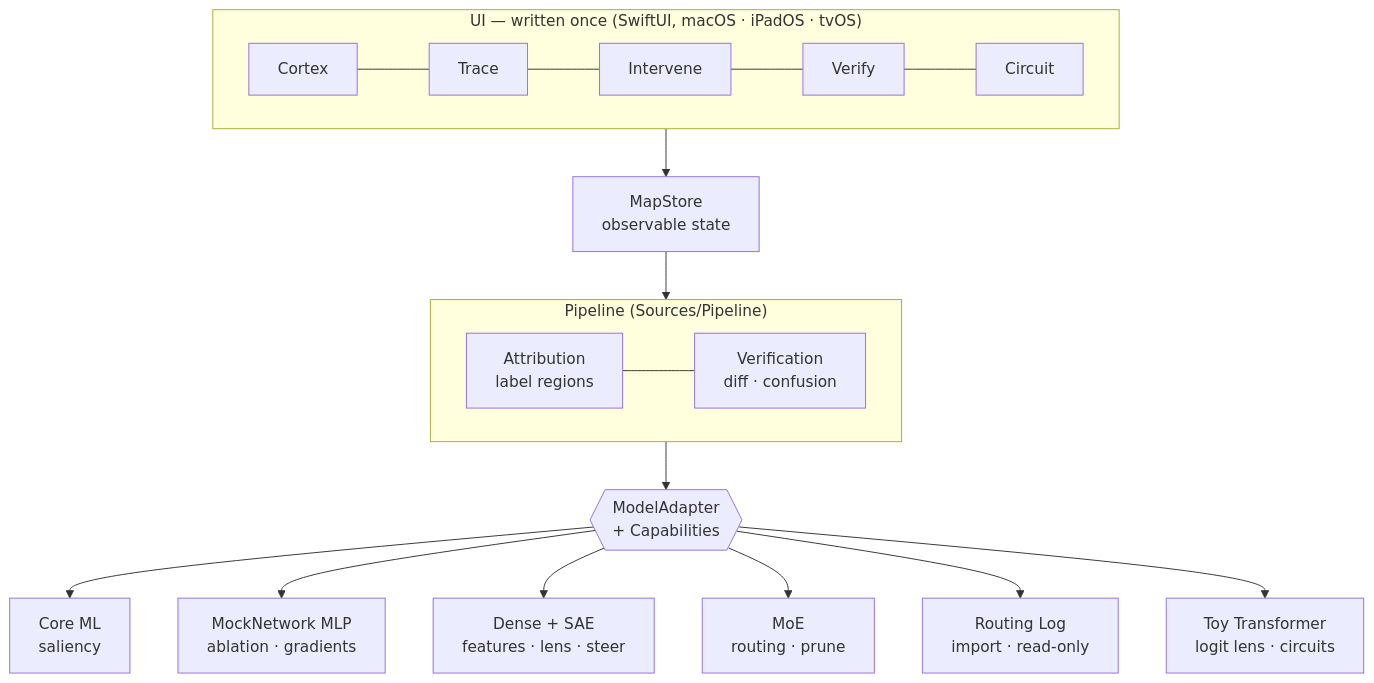
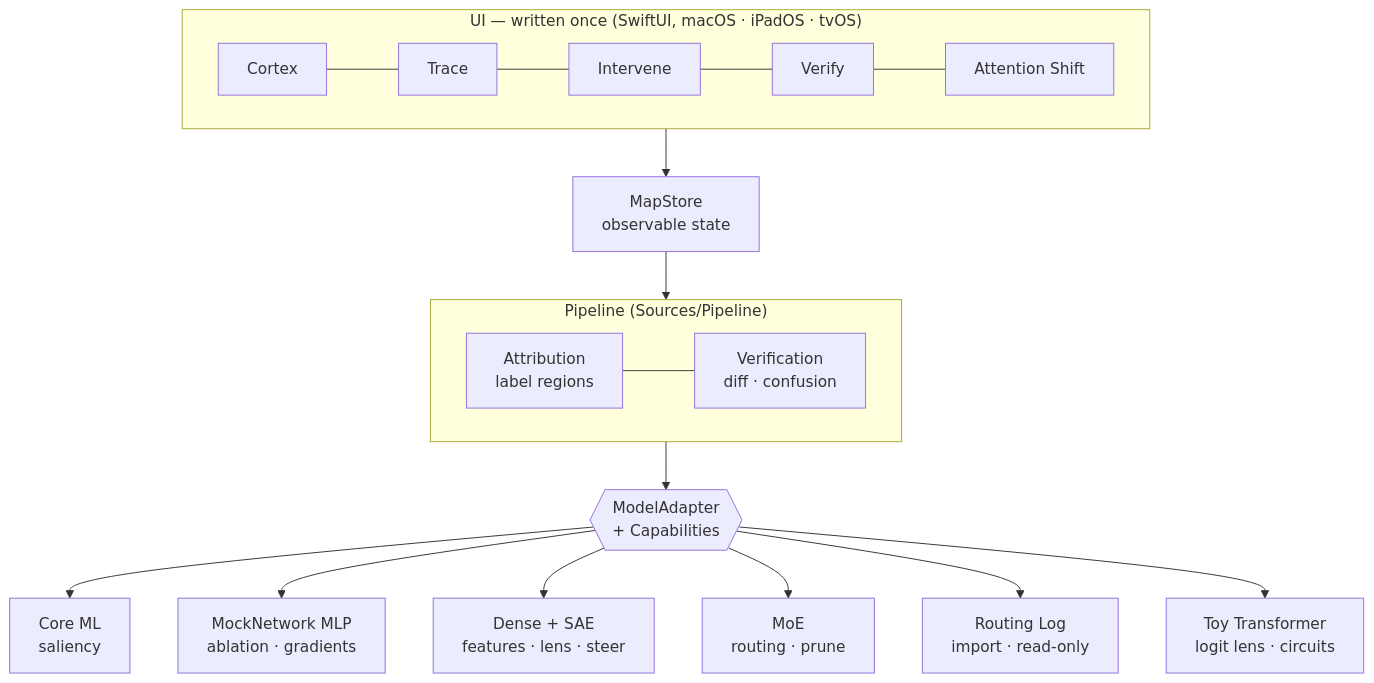
One commit to american-code/ModelCartography changed the diagram in README.md. Above: the diagram before and after it, drawn with Mermaid. The commit also changed other lines of this file and 5 other files, not shown here.

First line of the commit message:
feat: tvOS card cells, retitle Circuit→Attention Shift (TVD), real ActivationPatching

````diff
--- a/README.md
+++ b/README.md
@@ -26,23 +26,23 @@
 ```mermaid
 flowchart TB
     subgraph UI["UI — written once (SwiftUI, macOS · iPadOS · tvOS)"]
         direction LR
-        C[Cortex] --- T[Trace] --- I[Intervene] --- V[Verify] --- CI[Circuit]
+        C[Cortex] --- T[Trace] --- I[Intervene] --- V[Verify] --- CI[Attention Shift]
     end
     UI --> STORE["MapStore<br/>observable state"]
     STORE --> PIPE
 
     subgraph PIPE["Pipeline (Sources/Pipeline)"]
         direction LR
         AT["Attribution<br/>label regions"] --- VE["Verification<br/>diff · confusion"]
     end
 
     PIPE --> IFACE{{"ModelAdapter<br/>+ Capabilities"}}
 
     IFACE --> A1["Core ML<br/>saliency"]
     IFACE --> A2["MockNetwork MLP<br/>ablation · gradients"]
     IFACE --> A3["Dense + SAE<br/>features · lens · steer"]
     IFACE --> A4["MoE<br/>routing · prune"]
     IFACE --> A5["Routing Log<br/>import · read-only"]
     IFACE --> A6["Toy Transformer<br/>logit lens · circuits"]
 ```
````
